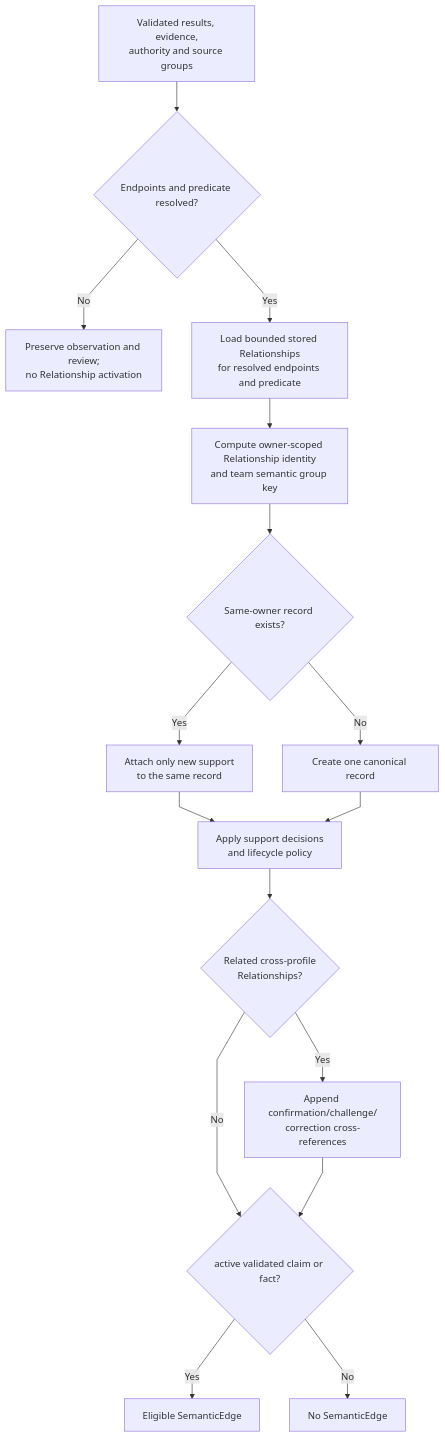
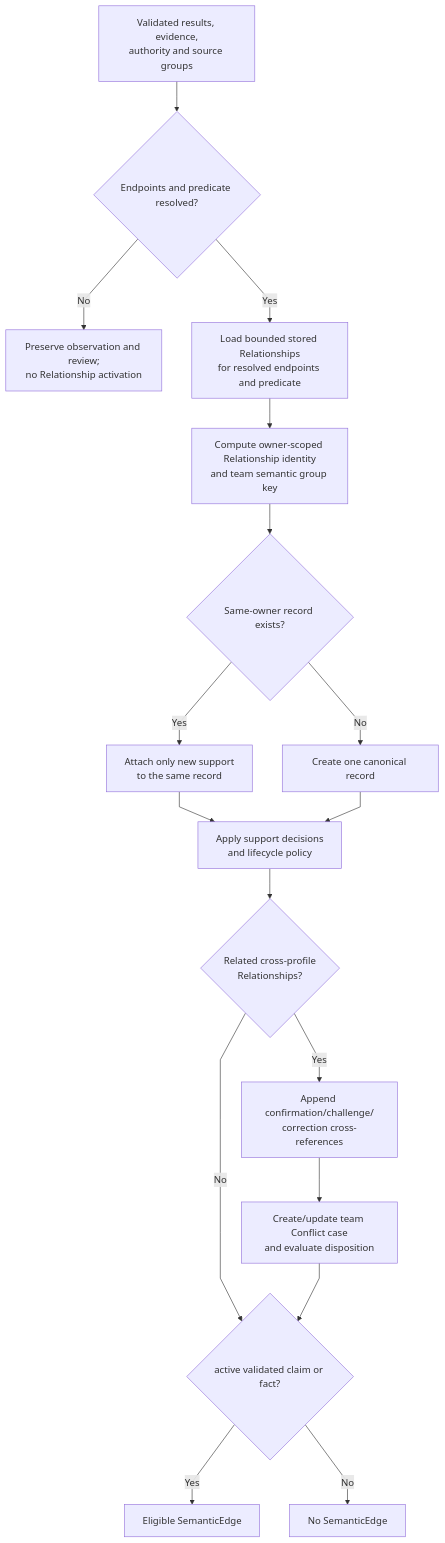
The tenth of 14 diagrams in Write-Pipeline.md (markhuangai/dense-mem), drawn with Mermaid before and after one commit. The commit also changed other lines of this file and 22 other files, not shown here.

````diff
--- a/Write-Pipeline.md
+++ b/Write-Pipeline.md
@@ -755,19 +755,20 @@
 ```mermaid
 %%{init: {"flowchart": {"curve": "linear"}}}%%
 flowchart TD
   Input["Validated results, evidence,<br/>authority and source groups"] --> Endpoints{"Endpoints and predicate resolved?"}
   Endpoints -- No --> Review["Preserve observation and review;<br/>no Relationship activation"]
   Endpoints -- Yes --> Stored["Load bounded stored Relationships<br/>for resolved endpoints and predicate"]
   Stored --> Identity["Compute owner-scoped Relationship identity<br/>and team semantic group key"]
   Identity --> Existing{"Same-owner record exists?"}
   Existing -- Yes --> Same["Attach only new support<br/>to the same record"]
   Existing -- No --> New["Create one canonical record"]
   Same --> Lifecycle["Apply support decisions<br/>and lifecycle policy"]
   New --> Lifecycle
   Lifecycle --> Cross{"Related cross-profile<br/>Relationships?"}
   Cross -- Yes --> Link["Append confirmation/challenge/<br/>correction cross-references"]
   Cross -- No --> Eligible{"active validated claim or fact?"}
-  Link --> Eligible
+  Link --> Case["Create/update team Conflict case<br/>and evaluate disposition"]
+  Case --> Eligible
   Eligible -- Yes --> Edge["Eligible SemanticEdge"]
   Eligible -- No --> Hidden["No SemanticEdge"]
 ```
````
